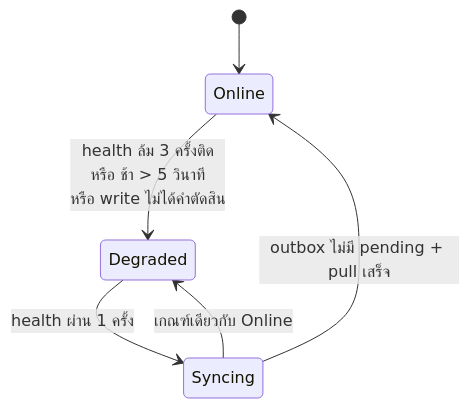
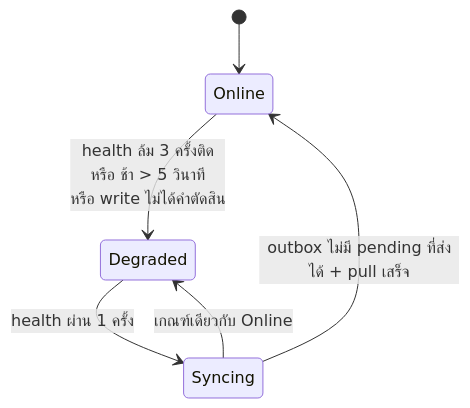
One commit to NuiGatesLink-Co/jenkin_Sri_Store changed the diagram in docs/Backend_design/08_PHASE2_SPEC.md. Above: the diagram before and after it, drawn with Mermaid. The commit also changed other lines of this file, not shown here.

````diff
--- a/docs/Backend_design/08_PHASE2_SPEC.md
+++ b/docs/Backend_design/08_PHASE2_SPEC.md
@@ -132,8 +141,8 @@
 ```mermaid
 stateDiagram-v2
     [*] --> Online
     Online --> Degraded: health ล้ม 3 ครั้งติด<br/>หรือ ช้า > 5 วินาที<br/>หรือ write ไม่ได้คำตัดสิน
     Degraded --> Syncing: health ผ่าน 1 ครั้ง
     Syncing --> Degraded: เกณฑ์เดียวกับ Online
-    Syncing --> Online: outbox ไม่มี pending + pull เสร็จ
+    Syncing --> Online: outbox ไม่มี pending ที่ส่งได้ + pull เสร็จ
 ```
````
